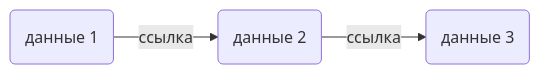
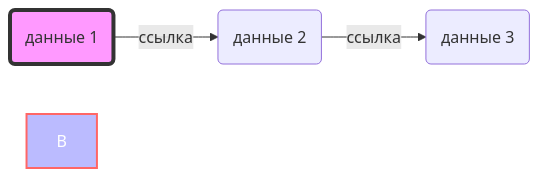
Before and after one commit to hamster-i/list: the diagram in README.md, drawn with Mermaid. The commit also changed other lines of this file, not shown here.

````diff
--- a/README.md
+++ b/README.md
@@ -7,4 +7,8 @@
    ```mermaid
    graph LR;
     A(данные 1)--ссылка-->В(данные 2)--ссылка-->C(данные 3);
+	
+	%% Настройка цветов:
+    style A fill:#f9f,stroke:#333,stroke-width:4px
+    style B fill:#bbf,stroke:#f66,stroke-width:2px,color:#fff
    ```
````
